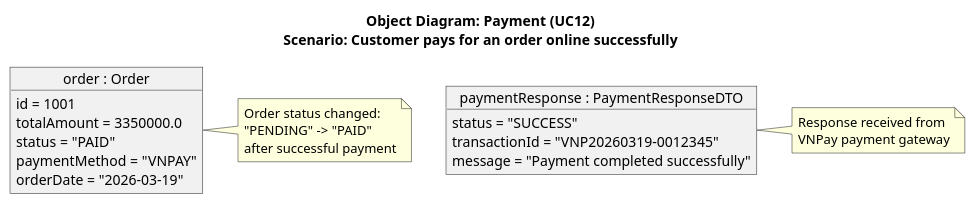
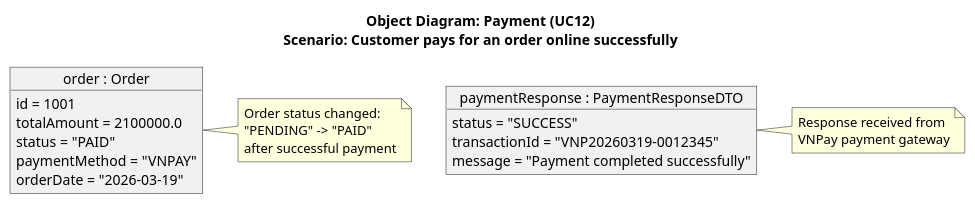
Before and after one commit to Peterdir/fashion-store-system: the diagram in src/main/java/org/example/fashionstoresystem/uml/Object/OD12_Payment.puml, drawn with PlantUML. The commit also changed 22 other files, not shown here.

```diff
--- a/src/main/java/org/example/fashionstoresystem/uml/Object/OD12_Payment.puml
+++ b/src/main/java/org/example/fashionstoresystem/uml/Object/OD12_Payment.puml
@@ -1,31 +1,31 @@
 @startuml
 title Object Diagram: Payment (UC12)\nScenario: Customer pays for an order online successfully
 
 ' Entity - Order before and after payment
 object "order : Order" as order {
     id = 1001
-    totalAmount = 3350000.0
+    totalAmount = 2100000.0
     status = "PAID"
     paymentMethod = "VNPAY"
     orderDate = "2026-03-19"
 }
 
 ' Response from Payment Gateway
 object "paymentResponse : PaymentResponseDTO" as res {
     status = "SUCCESS"
     transactionId = "VNP20260319-0012345"
     message = "Payment completed successfully"
 }
 
 note right of order
     Order status changed:
     "PENDING" -> "PAID"
     after successful payment
 end note
 
 note right of res
     Response received from
     VNPay payment gateway
 end note
 
 @enduml
```
